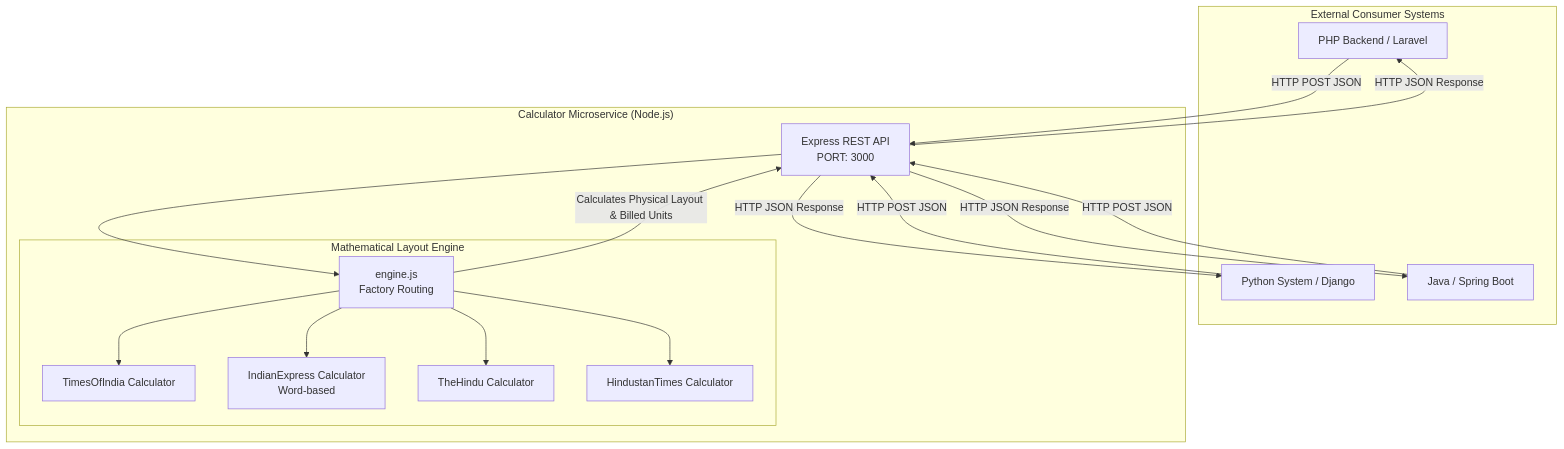
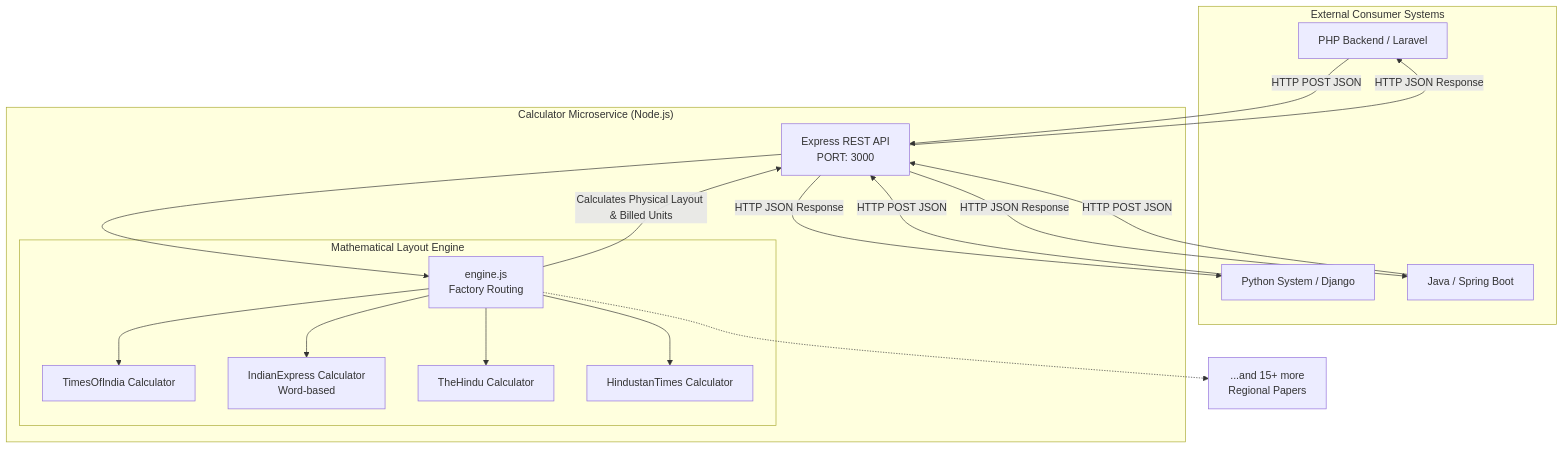
One commit to upal864/Line_soft changed the diagram in README.md. Above: the diagram before and after it, drawn with Mermaid.

Commit message:
docs: clarify all newspapers are supported in diagram

````diff
--- a/README.md
+++ b/README.md
@@ -13,35 +13,36 @@
 ```mermaid
 graph TD
     subgraph "External Consumer Systems"
         PHP[PHP Backend / Laravel]
         PY[Python System / Django]
         JAVA[Java / Spring Boot]
     end
 
     subgraph "Calculator Microservice (Node.js)"
         API[Express REST API \n PORT: 3000]
         
         subgraph "Mathematical Layout Engine"
             ENG[engine.js \n Factory Routing]
             TOI[TimesOfIndia Calculator]
             IE[IndianExpress Calculator \n Word-based]
             TH[TheHindu Calculator]
             HT[HindustanTimes Calculator]
         end
     end
 
     PHP -->|HTTP POST JSON| API
     PY -->|HTTP POST JSON| API
     JAVA -->|HTTP POST JSON| API
 
     API --> ENG
     ENG --> TOI
     ENG --> IE
     ENG --> TH
     ENG --> HT
+    ENG -.-> ETC[...and 15+ more \n Regional Papers]
 
     ENG -->|Calculates Physical Layout & Billed Units| API
     API -->|HTTP JSON Response| PHP
     API -->|HTTP JSON Response| PY
     API -->|HTTP JSON Response| JAVA
 ```
````
